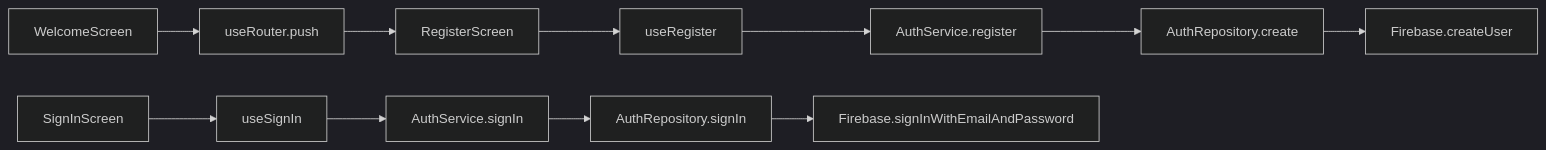
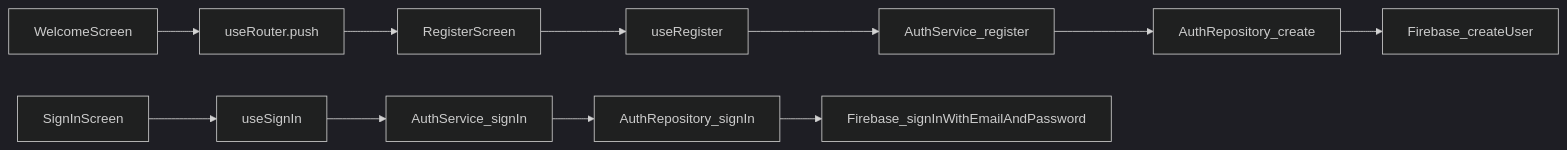
The eighth of 22 diagrams in welcome-projects.md (kylelovesy/my-roadmap), drawn with Mermaid (dark theme) before and after one commit. The commit also changed other lines of this file and 10 other files, not shown here.

````diff
--- a/welcome-projects.md
+++ b/welcome-projects.md
@@ -270,14 +273,14 @@
 ```mermaid
 graph LR
     A[WelcomeScreen] --> B[useRouter.push]
     B --> C[RegisterScreen]
     C --> D[useRegister]
-    D --> E[AuthService.register]
-    E --> F[AuthRepository.create]
-    F --> G[Firebase.createUser]
+    D --> E[AuthService_register]
+    E --> F[AuthRepository_create]
+    F --> G[Firebase_createUser]
 
     H[SignInScreen] --> I[useSignIn]
-    I --> J[AuthService.signIn]
-    J --> K[AuthRepository.signIn]
-    K --> L[Firebase.signInWithEmailAndPassword]
+    I --> J[AuthService_signIn]
+    J --> K[AuthRepository_signIn]
+    K --> L[Firebase_signInWithEmailAndPassword]
 ```
````
